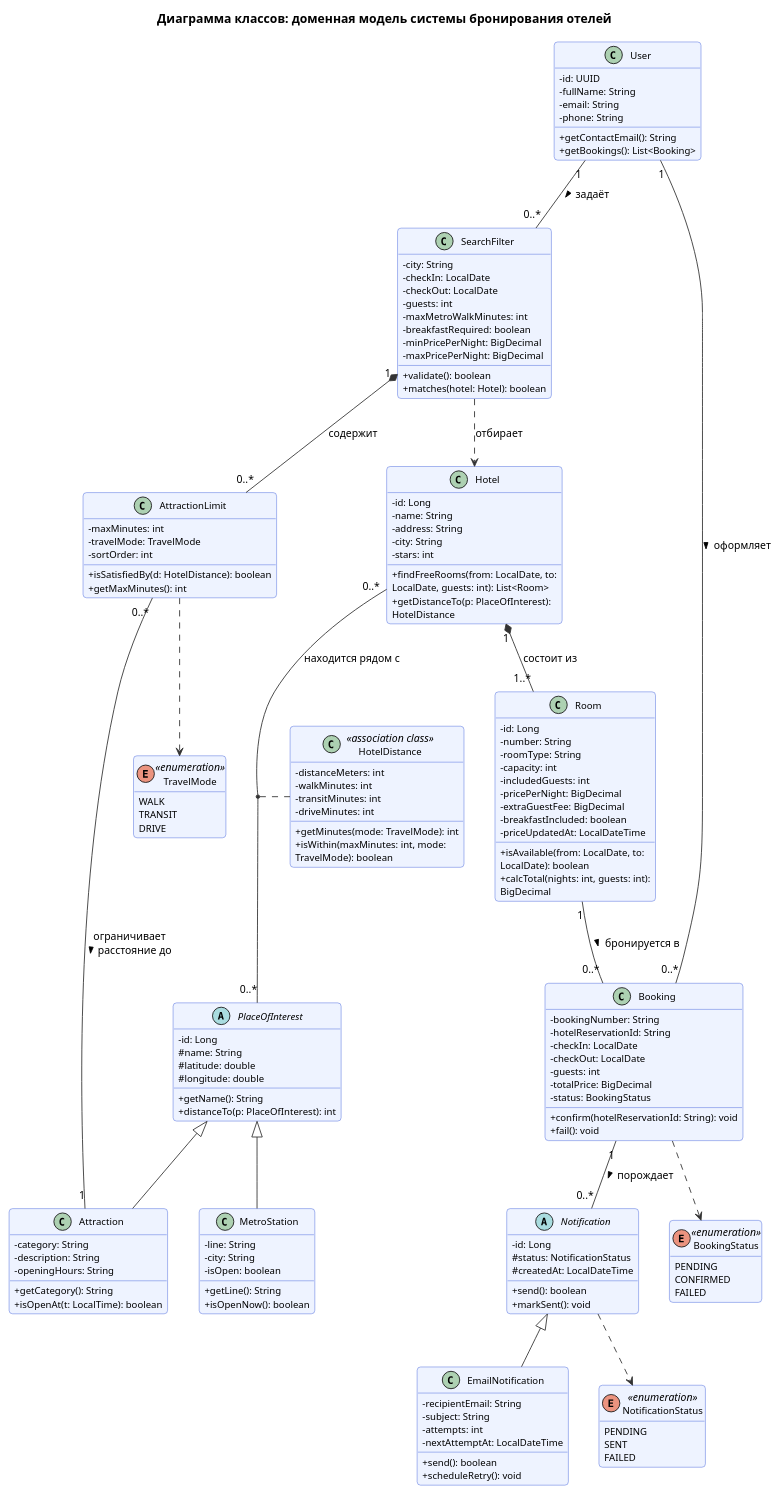
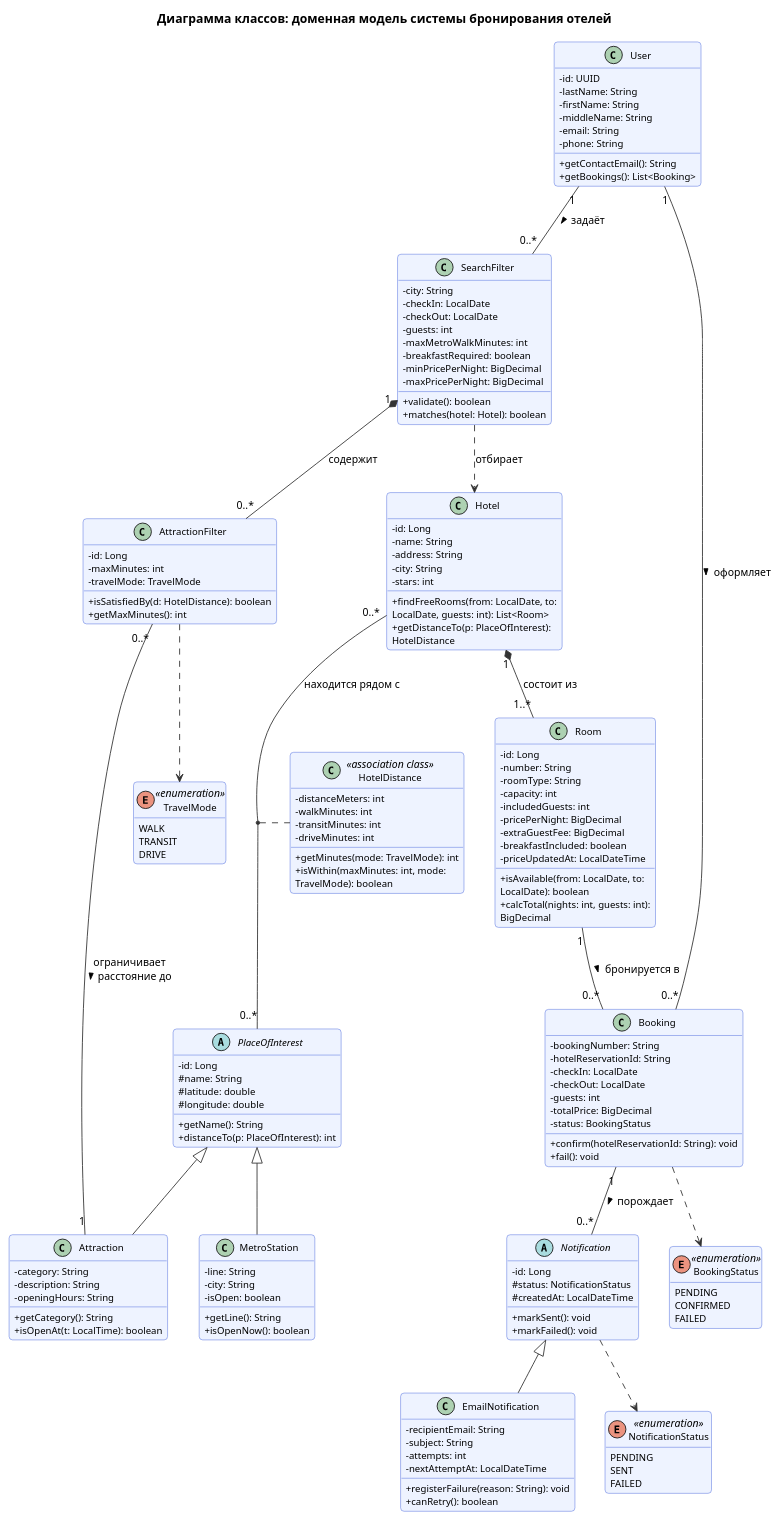
One commit to Remsely/cu-system-analysis changed the diagram in hw2/2_1_class.puml. Above: the diagram before and after it, drawn with PlantUML. The commit also changed 1 other file, not shown here.

```diff
--- a/hw2/2_1_class.puml
+++ b/hw2/2_1_class.puml
@@ -1,170 +1,172 @@
 @startuml
 skinparam shadowing false
 skinparam defaultFontSize 12
 skinparam backgroundColor white
 skinparam roundCorner 8
 skinparam ArrowColor #333333
 skinparam wrapWidth 220
 title Диаграмма классов: доменная модель системы бронирования отелей
 skinparam classAttributeIconSize 0
 skinparam class {
   BackgroundColor #EEF3FF
   BorderColor #3B5BDB
   AttributeFontSize 11
 }
 hide empty members
 
 class User {
   - id: UUID
-  - fullName: String
+  - lastName: String
+  - firstName: String
+  - middleName: String
   - email: String
   - phone: String
   + getContactEmail(): String
   + getBookings(): List<Booking>
 }
 
 class SearchFilter {
   - city: String
   - checkIn: LocalDate
   - checkOut: LocalDate
   - guests: int
   - maxMetroWalkMinutes: int
   - breakfastRequired: boolean
   - minPricePerNight: BigDecimal
   - maxPricePerNight: BigDecimal
   + validate(): boolean
   + matches(hotel: Hotel): boolean
 }
 
-class AttractionLimit {
+class AttractionFilter {
+  - id: Long
   - maxMinutes: int
   - travelMode: TravelMode
-  - sortOrder: int
   + isSatisfiedBy(d: HotelDistance): boolean
   + getMaxMinutes(): int
 }
 
 abstract class PlaceOfInterest {
   - id: Long
   # name: String
   # latitude: double
   # longitude: double
   + getName(): String
   + distanceTo(p: PlaceOfInterest): int
 }
 
 class MetroStation {
   - line: String
   - city: String
   - isOpen: boolean
   + getLine(): String
   + isOpenNow(): boolean
 }
 
 class Attraction {
   - category: String
   - description: String
   - openingHours: String
   + getCategory(): String
   + isOpenAt(t: LocalTime): boolean
 }
 
 class Hotel {
   - id: Long
   - name: String
   - address: String
   - city: String
   - stars: int
   + findFreeRooms(from: LocalDate, to: LocalDate, guests: int): List<Room>
   + getDistanceTo(p: PlaceOfInterest): HotelDistance
 }
 
 class Room {
   - id: Long
   - number: String
   - roomType: String
   - capacity: int
   - includedGuests: int
   - pricePerNight: BigDecimal
   - extraGuestFee: BigDecimal
   - breakfastIncluded: boolean
   - priceUpdatedAt: LocalDateTime
   + isAvailable(from: LocalDate, to: LocalDate): boolean
   + calcTotal(nights: int, guests: int): BigDecimal
 }
 
 class HotelDistance <<association class>> {
   - distanceMeters: int
   - walkMinutes: int
   - transitMinutes: int
   - driveMinutes: int
   + getMinutes(mode: TravelMode): int
   + isWithin(maxMinutes: int, mode: TravelMode): boolean
 }
 
 class Booking {
   - bookingNumber: String
   - hotelReservationId: String
   - checkIn: LocalDate
   - checkOut: LocalDate
   - guests: int
   - totalPrice: BigDecimal
   - status: BookingStatus
   + confirm(hotelReservationId: String): void
   + fail(): void
 }
 
 abstract class Notification {
   - id: Long
   # status: NotificationStatus
   # createdAt: LocalDateTime
-  + send(): boolean
   + markSent(): void
+  + markFailed(): void
 }
 
 class EmailNotification {
   - recipientEmail: String
   - subject: String
   - attempts: int
   - nextAttemptAt: LocalDateTime
-  + send(): boolean
-  + scheduleRetry(): void
+  + registerFailure(reason: String): void
+  + canRetry(): boolean
 }
 
 enum TravelMode <<enumeration>> {
   WALK
   TRANSIT
   DRIVE
 }
 enum BookingStatus <<enumeration>> {
   PENDING
   CONFIRMED
   FAILED
 }
 enum NotificationStatus <<enumeration>> {
   PENDING
   SENT
   FAILED
 }
 
 User "1" -- "0..*" SearchFilter : задаёт >
 User "1" -- "0..*" Booking : оформляет >
-SearchFilter "1" *-- "0..*" AttractionLimit : содержит
-AttractionLimit "0..*" -- "1" Attraction : ограничивает\nрасстояние до >
+SearchFilter "1" *-- "0..*" AttractionFilter : содержит
+AttractionFilter "0..*" -- "1" Attraction : ограничивает\nрасстояние до >
 SearchFilter ..> Hotel : отбирает
 
 Hotel "1" *-- "1..*" Room : состоит из
 Room "1" -- "0..*" Booking : бронируется в >
 Booking "1" -- "0..*" Notification : порождает >
 
 Hotel "0..*" -- "0..*" PlaceOfInterest : находится рядом с
 (Hotel, PlaceOfInterest) .. HotelDistance
 
 PlaceOfInterest <|-- MetroStation
 PlaceOfInterest <|-- Attraction
 Notification <|-- EmailNotification
 
-AttractionLimit ..> TravelMode
+AttractionFilter ..> TravelMode
 Booking ..> BookingStatus
 Notification ..> NotificationStatus
 @enduml
```
